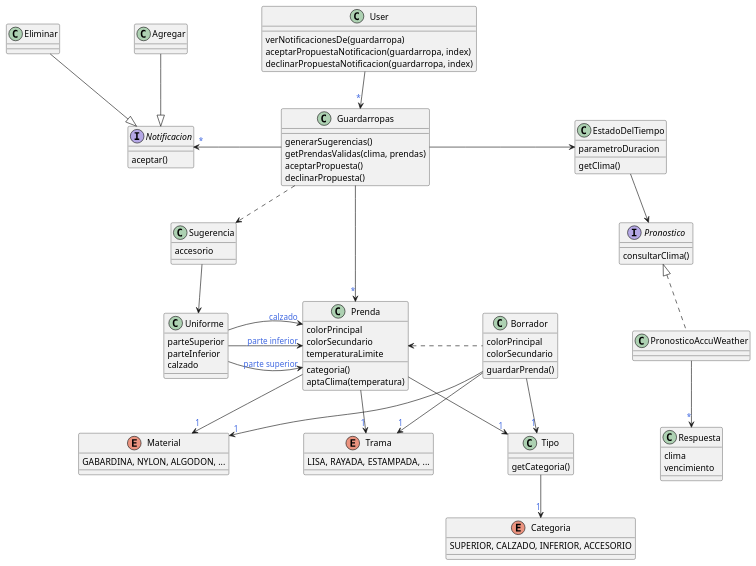
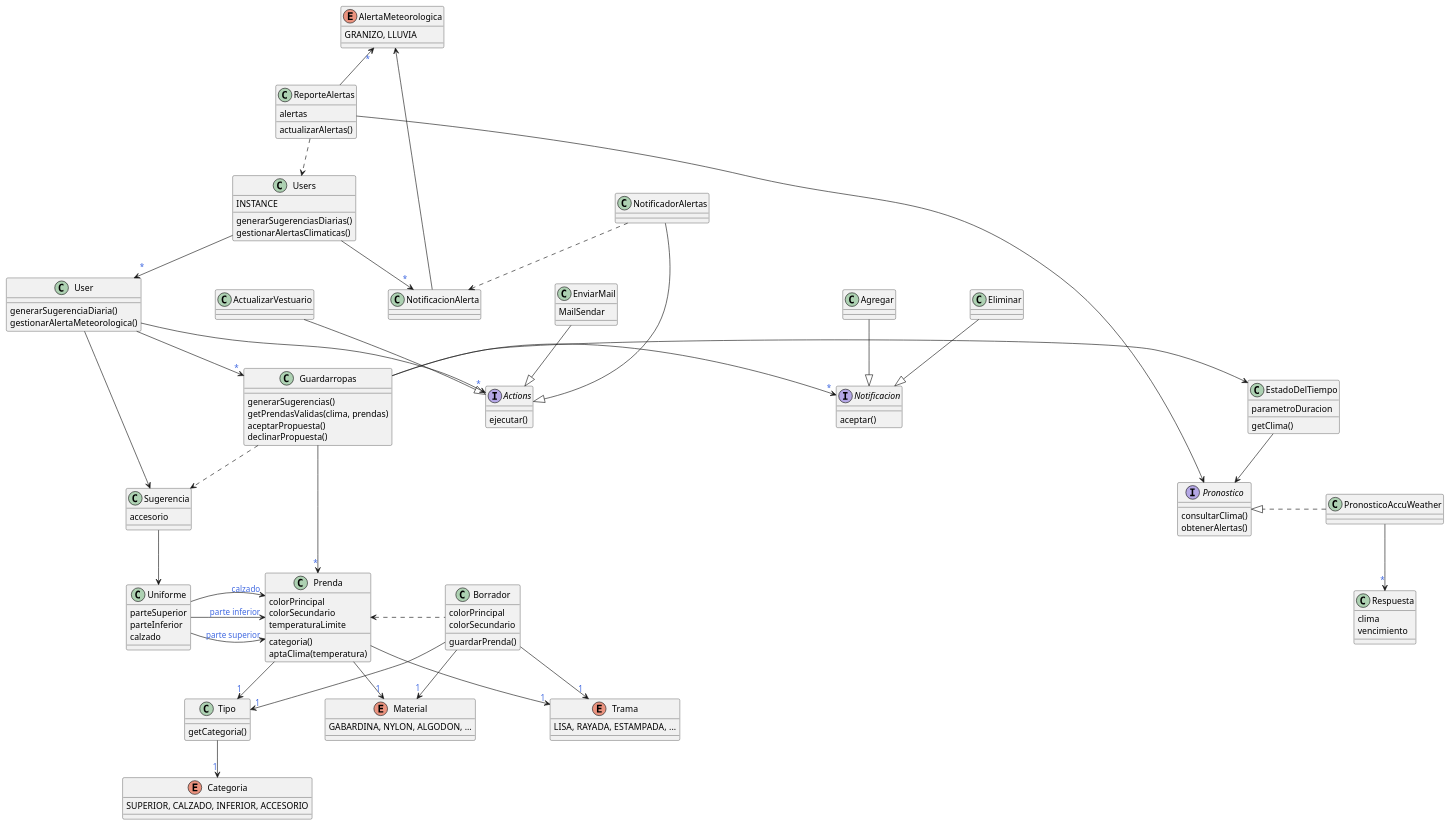
Before and after one commit to SolVarisco/QueMePongo: the diagram in assets/Atuedos.puml, drawn with PlantUML. The commit also changed 3 other files, not shown here.

```diff
--- a/assets/Atuedos.puml
+++ b/assets/Atuedos.puml
@@ -1,109 +1,153 @@
 @startuml
 'https://plantuml.com/class-diagram
 skinparam backgroundColor transparent
 skinparam arrowFontColor royalblue
 skinparam nodesep 120
 
 class Prenda {
     colorPrincipal
     colorSecundario
     categoria()
     temperaturaLimite
     aptaClima(temperatura)
 }
 enum Material {
     GABARDINA, NYLON, ALGODON, ...
 }
 enum Trama {
     LISA, RAYADA, ESTAMPADA, ...
 }
 
 class Tipo {
     getCategoria()
 }
 
 class Borrador {
     colorPrincipal
     colorSecundario
     guardarPrenda()
 }
 
 class Uniforme {
     parteSuperior
     parteInferior
     calzado
 }
 
 class Sugerencia {
     accesorio
 }
 
 class Respuesta {
     clima
     vencimiento
 }
 
 class Guardarropas {
     generarSugerencias()
     getPrendasValidas(clima, prendas)
     aceptarPropuesta()
     declinarPropuesta()
 }
 
 interface Pronostico {
     consultarClima()
+    obtenerAlertas()
 }
 
 class PronosticoAccuWeather {
 
 }
 
 class EstadoDelTiempo {
     parametroDuracion
     getClima()
+}
+
+class ReporteAlertas {
+    alertas
+    actualizarAlertas()
+}
+
+enum AlertaMeteorologica {
+    GRANIZO, LLUVIA
 }
 
 enum Categoria {
     SUPERIOR, CALZADO, INFERIOR, ACCESORIO
 }
 
 interface Notificacion{
     aceptar()
 }
 
 class Agregar{
 }
 
 class Eliminar{
 }
 
 class User{
-    verNotificacionesDe(guardarropa)
-    aceptarPropuestaNotificacion(guardarropa, index)
-    declinarPropuestaNotificacion(guardarropa, index)
+    generarSugerenciaDiaria()
+    gestionarAlertaMeteorologica()
+}
+
+class Users{
+    INSTANCE
+    generarSugerenciasDiarias()
+    gestionarAlertasClimaticas()
+}
+
+interface Actions{
+    ejecutar()
+}
+
+class ActualizarVestuario{
+}
+
+class EnviarMail{
+    MailSendar
+}
+
+class NotificadorAlertas{
+}
+
+class NotificacionAlerta{
 }
 
 Prenda --> "1" Material
 Prenda --> "1" Tipo
 Prenda --> "1" Trama
 Tipo --> "1" Categoria
 Borrador --> "1" Material
 Borrador --> "1" Tipo
 Borrador --> "1" Trama
 Borrador -left..> Prenda
 Uniforme -right--> "parte superior" Prenda
 Uniforme --> "parte inferior" Prenda
 Uniforme --> "calzado" Prenda
 Sugerencia --> Uniforme
 Guardarropas --> "*" Prenda
 Guardarropas -right-> EstadoDelTiempo
 Guardarropas ..> Sugerencia
-Pronostico<|..PronosticoAccuWeather
+Pronostico<|.left.PronosticoAccuWeather
 PronosticoAccuWeather --> "*"Respuesta
 EstadoDelTiempo-->Pronostico
 Agregar--|>Notificacion
 Eliminar--|>Notificacion
 Guardarropas-left->"*"Notificacion
 User --> "*"Guardarropas
+User --> Sugerencia
+Users --> "*" User
+User --> "*" Actions
+NotificadorAlertas --|> Actions
+NotificadorAlertas..>NotificacionAlerta
+Users --> "*" NotificacionAlerta
+ActualizarVestuario --|> Actions
+EnviarMail--|>Actions
+ReporteAlertas-up->"*"AlertaMeteorologica
+ReporteAlertas-->Pronostico
+ReporteAlertas..>Users
+NotificacionAlerta-->AlertaMeteorologica
 
 @enduml
```
